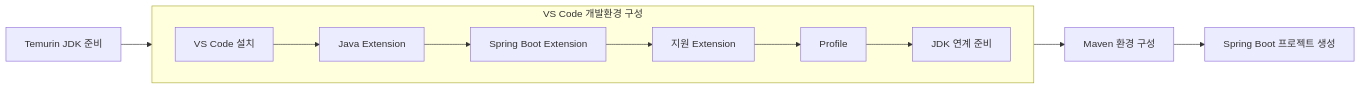
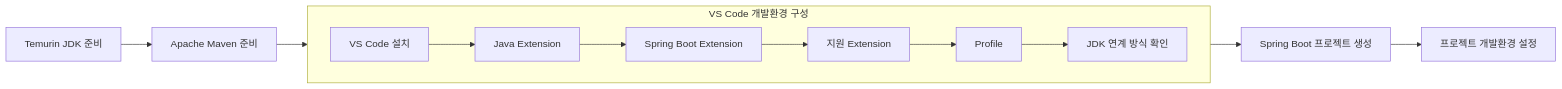
The second of 3 diagrams in docs/01_project_start/02_environment/vscode/vscode_setup.md (Team-Microserver/microserver-docs), drawn with Mermaid before and after one commit. The commit also changed other lines of this file and 15 other files, not shown here.

````diff
--- a/docs/01_project_start/02_environment/vscode/vscode_setup.md
+++ b/docs/01_project_start/02_environment/vscode/vscode_setup.md
@@ -55,23 +56,23 @@
 ```mermaid
 flowchart LR
-    JDK[Temurin JDK 준비]
+    JDK[Temurin JDK 준비] --> MAVEN[Apache Maven 준비]
 
     subgraph VSCODE["VS Code 개발환경 구성"]
         direction LR
         VS1[VS Code 설치]
         VS2[Java Extension]
         VS3[Spring Boot Extension]
         VS4[지원 Extension]
         VS5[Profile]
-        VS6[JDK 연계 준비]
+        VS6[JDK 연계 방식 확인]
 
         VS1 --> VS2 --> VS3 --> VS4 --> VS5 --> VS6
     end
 
-    MAVEN[Maven 환경 구성]
     SPRING[Spring Boot 프로젝트 생성]
+    PROJECT[프로젝트 개발환경 설정]
 
-    JDK --> VSCODE
-    VSCODE --> MAVEN
-    MAVEN --> SPRING
+    MAVEN --> VSCODE
+    VSCODE --> SPRING
+    SPRING --> PROJECT
 ```
````
